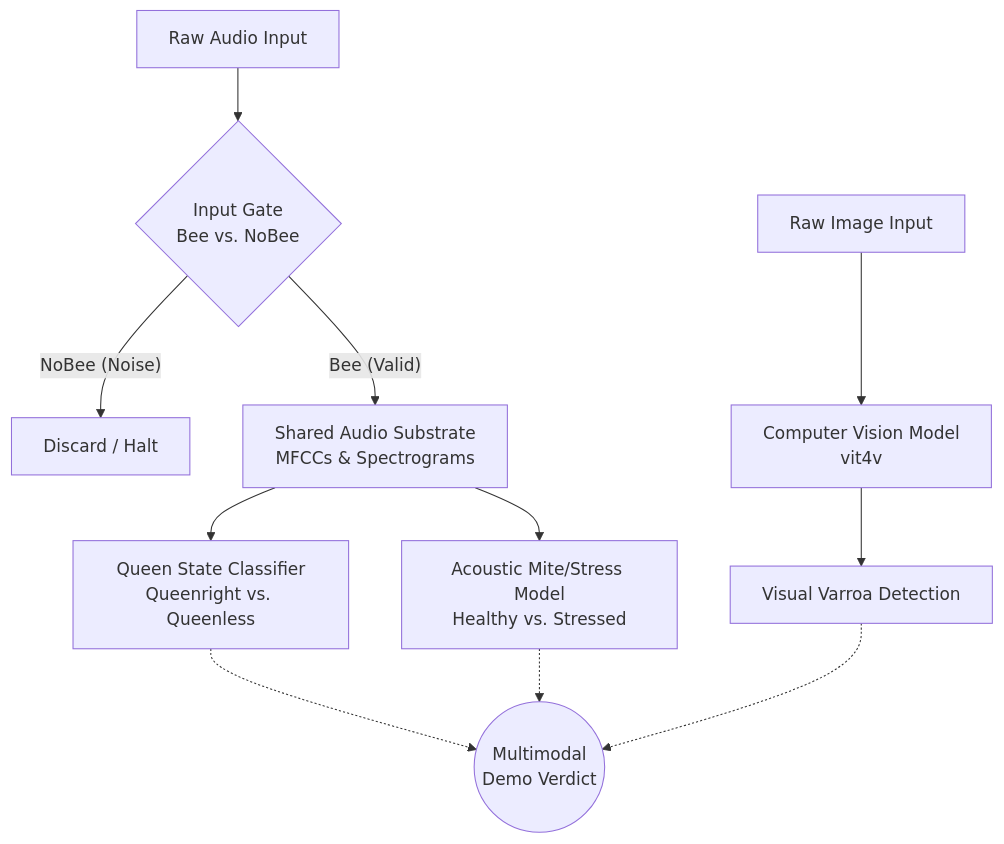
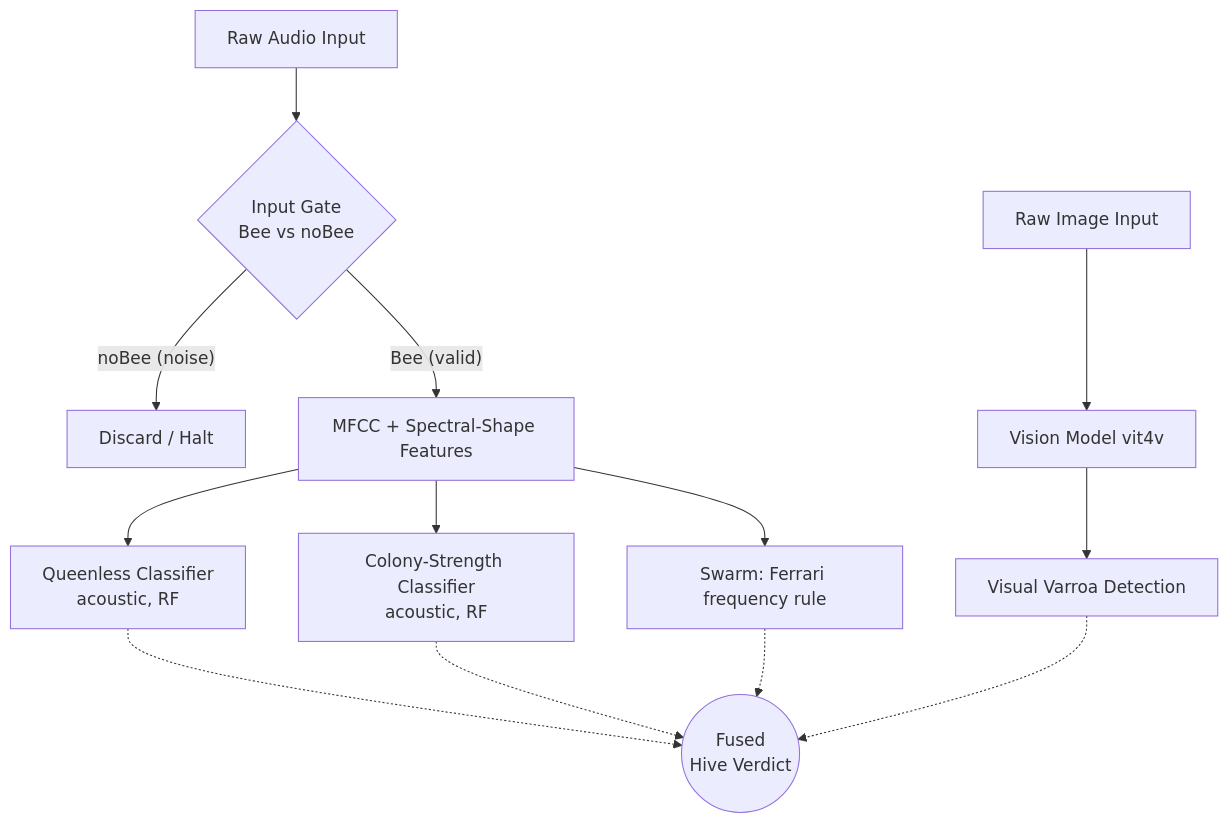
The first of 2 diagrams in README.md (Dee-1862/HiveSense), drawn with Mermaid before and after one commit. The commit also changed other lines of this file and 26 other files, not shown here.

First line of the commit message:
Non-invasive beehive health monitoring: acoustic + vision ML (RandomForest + ViViT)

````diff
--- a/README.md
+++ b/README.md
@@ -9,19 +60,18 @@
 ```mermaid
 flowchart TD
-    %% Audio Pipeline
-    AudioInput[Raw Audio Input] --> Gate{Input Gate<br>Bee vs. NoBee}
-    Gate -- "NoBee (Noise)" --> Discard[Discard / Halt]
-    Gate -- "Bee (Valid)" --> SharedAudio[Shared Audio Substrate<br>MFCCs & Spectrograms]
-    
-    SharedAudio --> QueenModel[Queen State Classifier<br>Queenright vs. Queenless]
-    SharedAudio --> AcousticMiteModel[Acoustic Mite/Stress Model<br>Healthy vs. Stressed]
-    
-    %% Vision Pipeline
-    ImageInput[Raw Image Input] --> VisionModel[Computer Vision Model<br>vit4v]
-    VisionModel --> VisualMiteModel[Visual Varroa Detection]
-    
-    %% Multimodal
-    VisualMiteModel -.-> Demo((Multimodal<br>Demo Verdict))
-    AcousticMiteModel -.-> Demo
-    QueenModel -.-> Demo
+    AudioInput[Raw Audio Input] --> Gate{Input Gate<br>Bee vs noBee}
+    Gate -- "noBee (noise)" --> Discard[Discard / Halt]
+    Gate -- "Bee (valid)" --> Feats[MFCC + Spectral-Shape Features]
+
+    Feats --> QueenModel[Queenless Classifier<br>acoustic, RF]
+    Feats --> PopModel[Colony-Strength Classifier<br>acoustic, RF]
+    Feats --> Swarm[Swarm: Ferrari frequency rule]
+
+    ImageInput[Raw Image Input] --> VisionModel[Vision Model vit4v]
+    VisionModel --> VisualMite[Visual Varroa Detection]
+
+    VisualMite -.-> Verdict((Fused<br>Hive Verdict))
+    QueenModel -.-> Verdict
+    PopModel -.-> Verdict
+    Swarm -.-> Verdict
 ```
````
